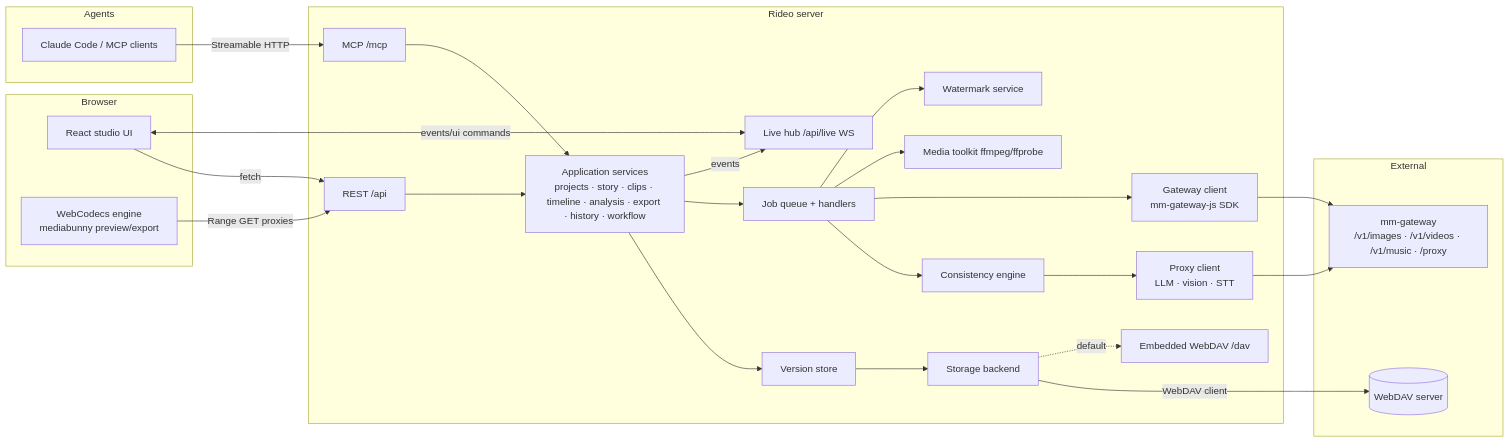
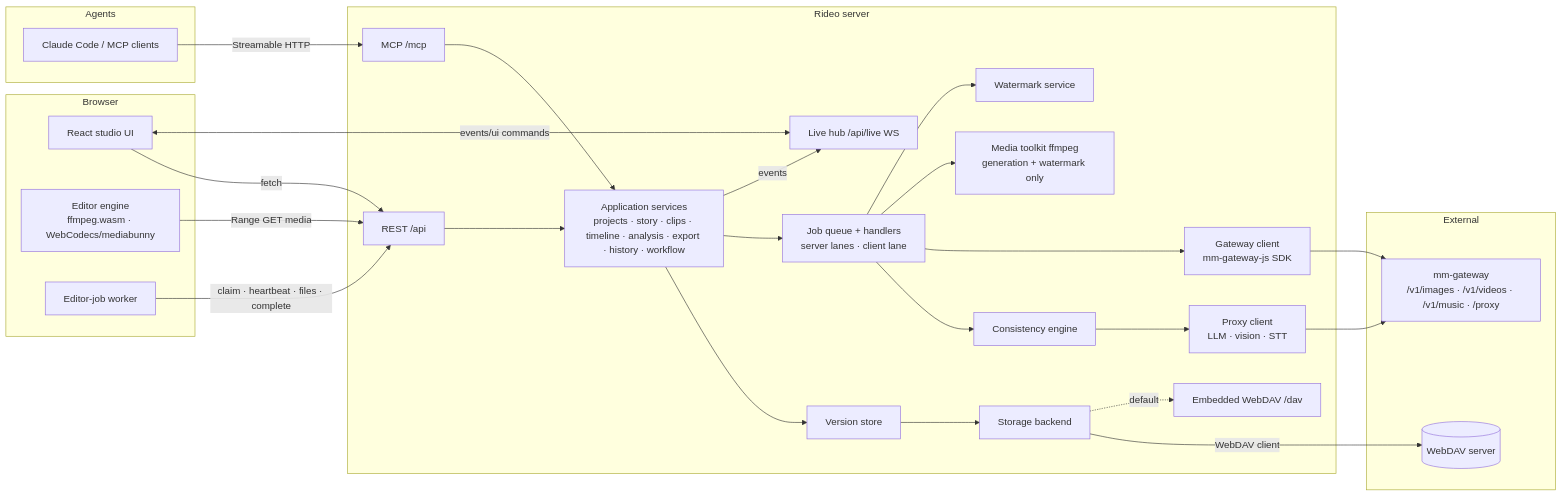
The diagram in docs/architecture.md (sloth-os/rideo), drawn with Mermaid before and after one commit. The commit also changed other lines of this file and 13 other files, not shown here.

First line of the commit message:
docs: browser-first editor on ffmpeg.wasm + WebCodecs, editor jobs, watermark decoding

````diff
--- a/docs/architecture.md
+++ b/docs/architecture.md
@@ -18,44 +20,46 @@
 ```mermaid
 flowchart LR
   subgraph Browser
     UI[React studio UI]
-    ENG[WebCodecs engine<br/>mediabunny preview/export]
+    ENG[Editor engine<br/>ffmpeg.wasm · WebCodecs/mediabunny]
+    EJ[Editor-job worker]
   end
   subgraph Agents
     CC[Claude Code / MCP clients]
   end
   subgraph Rideo server
     REST[REST /api]
     LIVE[Live hub /api/live WS]
     MCP[MCP /mcp]
     SVC[Application services<br/>projects · story · clips · timeline · analysis · export · history · workflow]
-    JOBS[Job queue + handlers]
+    JOBS[Job queue + handlers<br/>server lanes · client lane]
     CONS[Consistency engine]
     WM[Watermark service]
-    MEDIA[Media toolkit ffmpeg/ffprobe]
+    MEDIA[Media toolkit ffmpeg<br/>generation + watermark only]
     VCS[Version store]
     STORE[Storage backend]
     DAV[Embedded WebDAV /dav]
     GW[Gateway client<br/>mm-gateway-js SDK]
     PX[Proxy client<br/>LLM · vision · STT]
   end
   subgraph External
     MMG[mm-gateway<br/>/v1/images · /v1/videos · /v1/music · /proxy]
     WEBDAV[(WebDAV server)]
   end
   UI -- fetch --> REST
   UI <-- events/ui commands --> LIVE
-  ENG -- Range GET proxies --> REST
+  ENG -- Range GET media --> REST
+  EJ -- claim · heartbeat · files · complete --> REST
   CC -- Streamable HTTP --> MCP
   REST --> SVC
   MCP --> SVC
   SVC --> VCS --> STORE
   SVC --> JOBS --> CONS
   JOBS --> GW --> MMG
   CONS --> PX --> MMG
   JOBS --> MEDIA
   JOBS --> WM
   SVC -- events --> LIVE
   STORE -- WebDAV client --> WEBDAV
   STORE -. default .-> DAV
 ```
````
